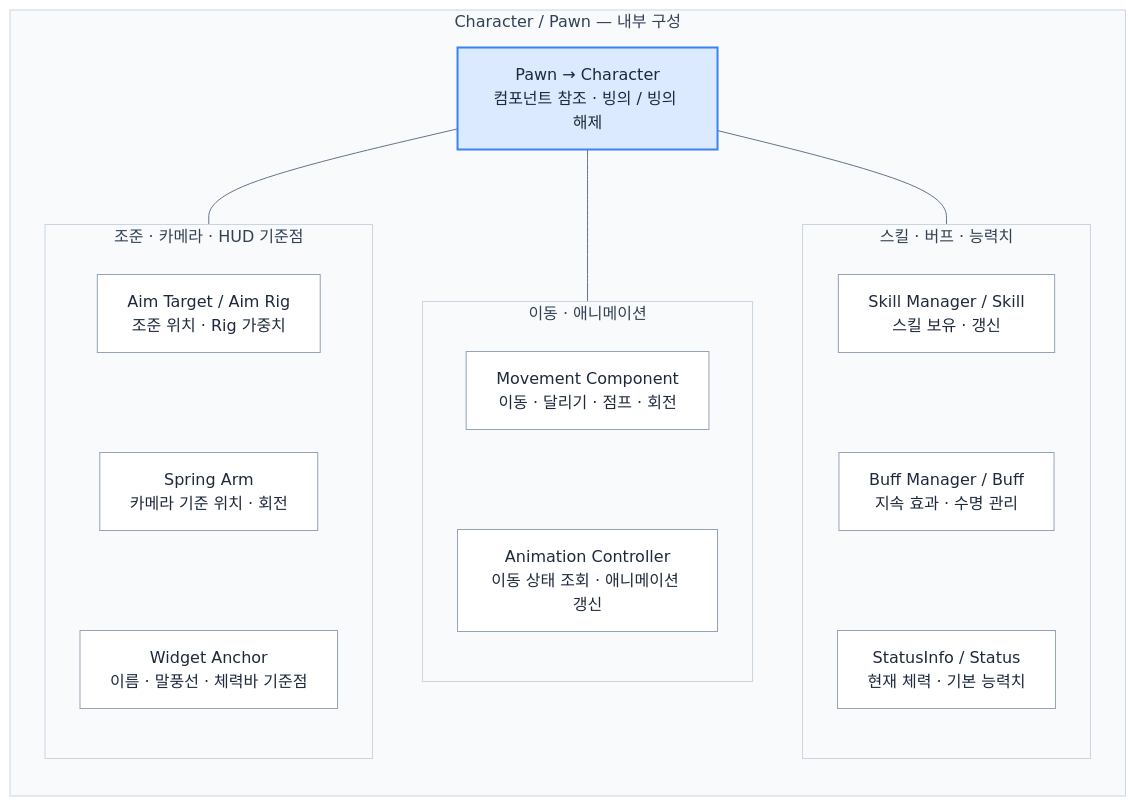
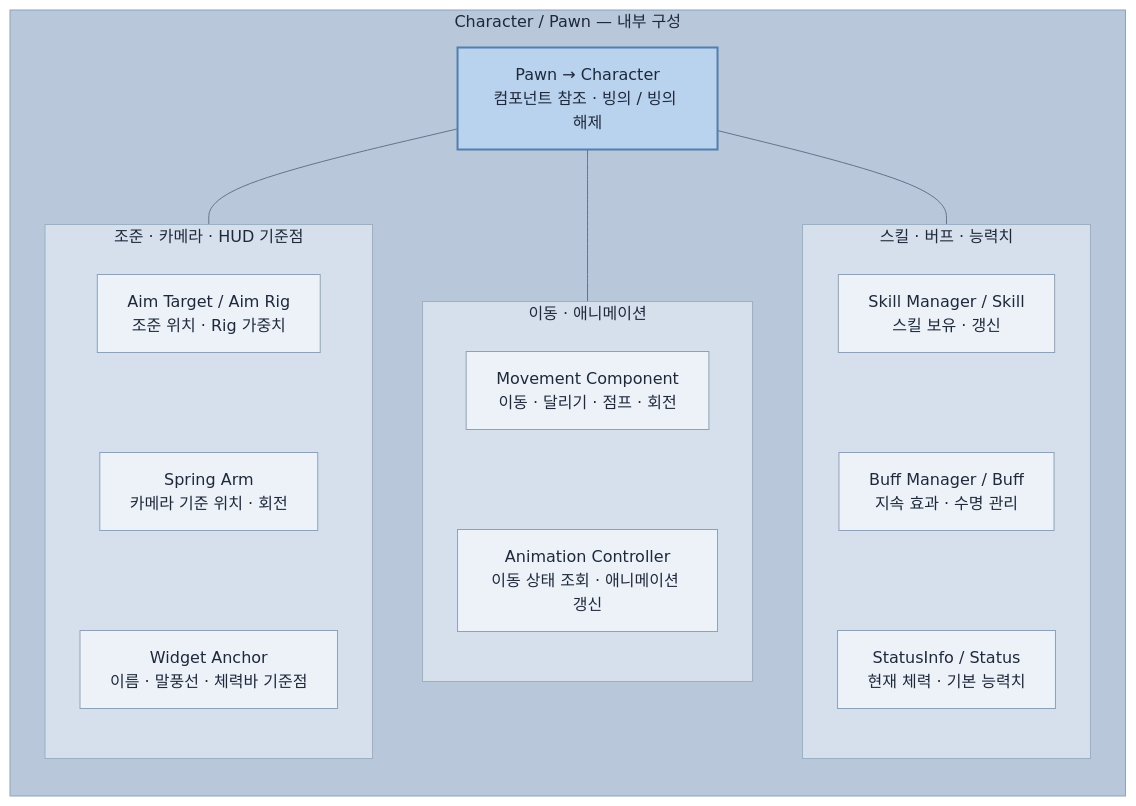
One commit to MDJ0126/DJUnityFramework changed the second of 2 diagrams in README.md. Above: the diagram before and after it, drawn with Mermaid. The commit also changed other lines of this file, not shown here.

Commit message:
수정

````diff
--- a/README.md
+++ b/README.md
@@ -84,72 +84,77 @@
 ```mermaid
 ---
 config:
   theme: base
   themeVariables:
-    background: "#ffffff"
-    primaryColor: "#ffffff"
+    background: "#b8c7d9"
+    primaryColor: "#edf2f8"
     primaryTextColor: "#1e293b"
     primaryBorderColor: "#94a3b8"
     lineColor: "#64748b"
-    secondaryColor: "#f1f5f9"
-    tertiaryColor: "#f8fafc"
-    clusterBkg: "#f8fafc"
-    clusterBorder: "#cbd5e1"
+    secondaryColor: "#d6e0ed"
+    tertiaryColor: "#d6e0ed"
+    clusterBkg: "#d6e0ed"
+    clusterBorder: "#8da2ba"
     titleColor: "#334155"
-    edgeLabelBackground: "#ffffff"
+    edgeLabelBackground: "#d6e0ed"
   themeCSS: |
     a, a:link, a:visited, a:hover, a:active, a:focus, a *,
     .node a, .node a:link, .node a:visited, .node a:hover,
     .node .nodeLabel, .node .nodeLabel *, .node text {
       color: #1e293b !important;
       fill: #1e293b !important;
       text-decoration: none !important;
       text-decoration-line: none !important;
     }
 ---
 flowchart TB
     subgraph Character["Character / Pawn — 내부 구성"]
         direction TB
         Core["Pawn → Character<br/>컴포넌트 참조 · 빙의 / 빙의 해제"]
         Core --- Motion
         Core --- Gameplay
         Core --- Targets
 
         subgraph Motion["이동 · 애니메이션"]
             direction TB
             Movement["Movement Component<br/>이동 · 달리기 · 점프 · 회전"]
             Animation["Animation Controller<br/>이동 상태 조회 · 애니메이션 갱신"]
             Movement ~~~ Animation
         end
 
         subgraph Gameplay["스킬 · 버프 · 능력치"]
             direction TB
             Skills["Skill Manager / Skill<br/>스킬 보유 · 갱신"]
             Buffs["Buff Manager / Buff<br/>지속 효과 · 수명 관리"]
             Status["StatusInfo / Status<br/>현재 체력 · 기본 능력치"]
             Skills ~~~ Buffs ~~~ Status
         end
 
         subgraph Targets["조준 · 카메라 · HUD 기준점"]
             direction TB
             Aim["Aim Target / Aim Rig<br/>조준 위치 · Rig 가중치"]
             SpringArm["Spring Arm<br/>카메라 기준 위치 · 회전"]
             Anchor["Widget Anchor<br/>이름 · 말풍선 · 체력바 기준점"]
             Aim ~~~ SpringArm ~~~ Anchor
         end
     end
 
-    classDef default fill:#ffffff,stroke:#94a3b8,color:#1e293b
-    classDef focus fill:#dbeafe,stroke:#3b82f6,color:#1e293b,stroke-width:2px
+    classDef default fill:#edf2f8,stroke:#8da2ba,color:#1e293b
+    classDef focus fill:#b9d3ef,stroke:#527fae,color:#1e293b,stroke-width:2px
     class Core focus
+
+    style Character fill:#b8c7d9,stroke:#8da2ba,color:#1e293b
+    style Motion fill:#d6e0ed,stroke:#9bafc5,color:#1e293b
+    style Gameplay fill:#d6e0ed,stroke:#9bafc5,color:#1e293b
+    style Targets fill:#d6e0ed,stroke:#9bafc5,color:#1e293b
 
     click Core href "https://github.com/MDJ0126/DJUnityFramework/blob/main/Assets/Scripts/InGame/Object/Pawn/Pawn.cs" "Pawn.cs 열기" _blank
     click Movement href "https://github.com/MDJ0126/DJUnityFramework/blob/main/Assets/Scripts/InGame/Object/Pawn/Movement.cs" "Movement.cs 열기" _blank
     click Animation href "https://github.com/MDJ0126/DJUnityFramework/blob/main/Assets/Scripts/InGame/Object/Pawn/Character/CharacterAnimationController.cs" "CharacterAnimationController.cs 열기" _blank
     click Skills href "https://github.com/MDJ0126/DJUnityFramework/blob/main/Assets/Scripts/InGame/Skill/SkillManager.cs" "SkillManager.cs 열기" _blank
     click Buffs href "https://github.com/MDJ0126/DJUnityFramework/blob/main/Assets/Scripts/InGame/Buff/BuffManager.cs" "BuffManager.cs 열기" _blank
     click Status href "https://github.com/MDJ0126/DJUnityFramework/blob/main/Assets/Scripts/InGame/Status/StatusInfo.cs" "StatusInfo.cs 열기" _blank
     click Aim href "https://github.com/MDJ0126/DJUnityFramework/blob/main/Assets/Scripts/InGame/Object/Pawn/Character/AimTarget.cs" "AimTarget.cs 열기" _blank
     click SpringArm href "https://github.com/MDJ0126/DJUnityFramework/blob/main/Assets/Scripts/Common/SpringArm.cs" "SpringArm.cs 열기" _blank
     click Anchor href "https://github.com/MDJ0126/DJUnityFramework/blob/main/Assets/Scripts/UI/HUD/WidgetAnchor.cs" "WidgetAnchor.cs 열기" _blank
 ```
````
